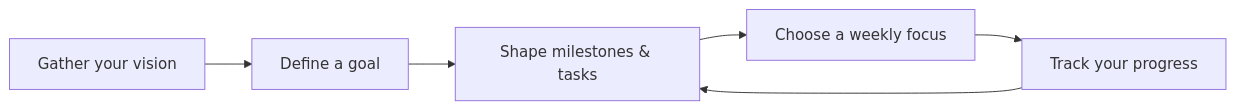
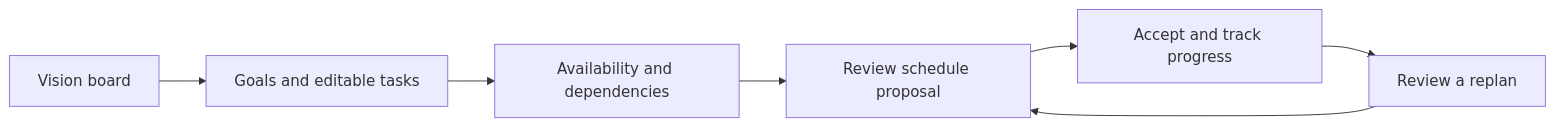
Before and after one commit to Prarth314/Elevatria-uplift-your-life: the diagram in README.md, drawn with Mermaid. The commit also changed other lines of this file and 62 other files, not shown here.

````diff
--- a/README.md
+++ b/README.md
@@ -40,8 +38,9 @@
 ```mermaid
 flowchart LR
-    A[Gather your vision] --> B[Define a goal]
-    B --> C[Shape milestones & tasks]
-    C --> D[Choose a weekly focus]
-    D --> E[Track your progress]
-    E --> C
+    A[Vision board] --> B[Goals and editable tasks]
+    B --> C[Availability and dependencies]
+    C --> D[Review schedule proposal]
+    D --> E[Accept and track progress]
+    E --> F[Review a replan]
+    F --> D
 ```
````
